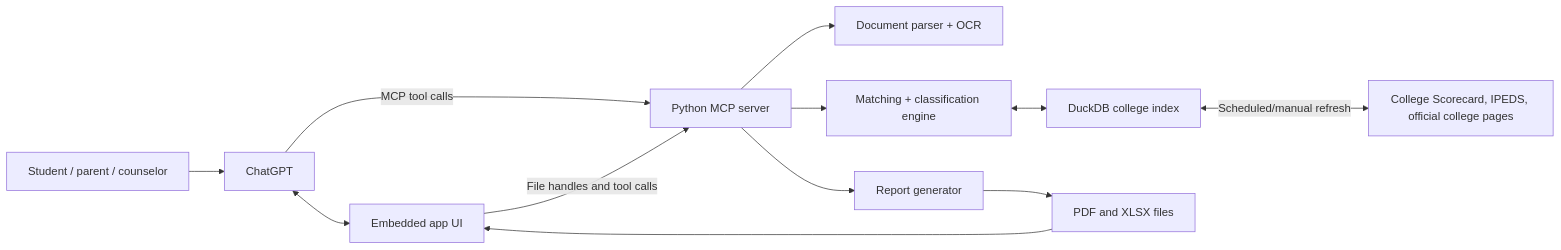
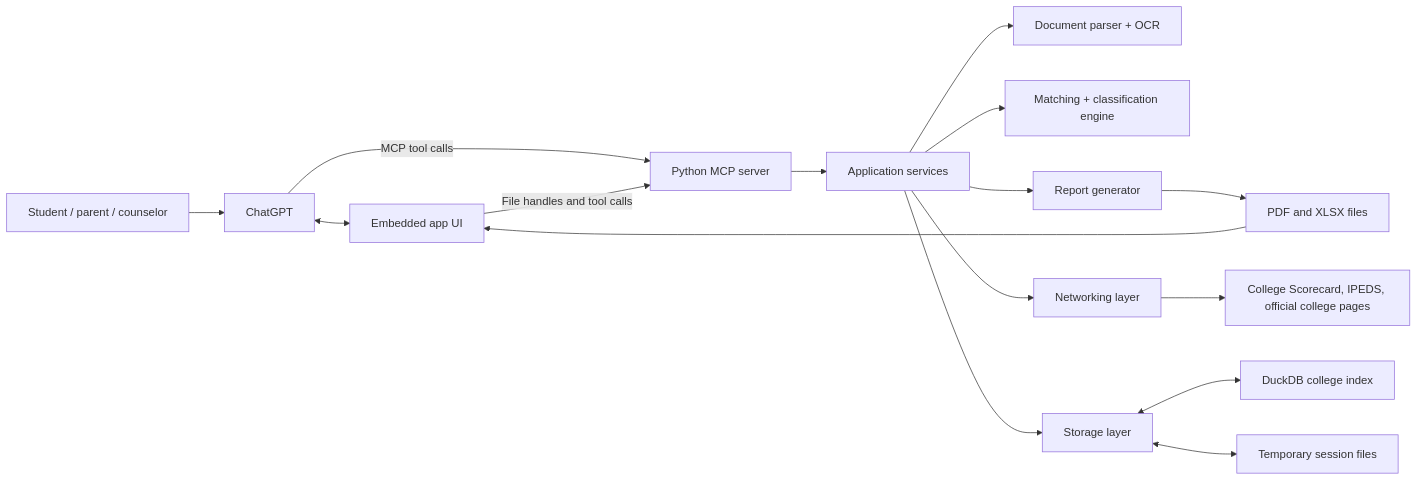
The first of 2 diagrams in ARCHITECTURE.md (vijendharv/USCollegeSelection), drawn with Mermaid before and after one commit. The commit also changed other lines of this file, not shown here.

Commit message:
Separate networking and storage layers

````diff
--- a/ARCHITECTURE.md
+++ b/ARCHITECTURE.md
@@ -63,14 +63,18 @@
 ```mermaid
 flowchart LR
     U["Student / parent / counselor"] --> C["ChatGPT"]
     C <--> W["Embedded app UI"]
     C -->|"MCP tool calls"| S["Python MCP server"]
     W -->|"File handles and tool calls"| S
-    S --> D["Document parser + OCR"]
-    S --> E["Matching + classification engine"]
-    S --> R["Report generator"]
-    E <--> DB["DuckDB college index"]
-    DB <-->|"Scheduled/manual refresh"| F["College Scorecard, IPEDS, official college pages"]
+    S --> A["Application services"]
+    A --> D["Document parser + OCR"]
+    A --> E["Matching + classification engine"]
+    A --> R["Report generator"]
+    A --> N["Networking layer"]
+    A --> T["Storage layer"]
+    N --> F["College Scorecard, IPEDS, official college pages"]
+    T <--> DB["DuckDB college index"]
+    T <--> FS["Temporary session files"]
     R --> X["PDF and XLSX files"]
     X --> W
 ```
````
